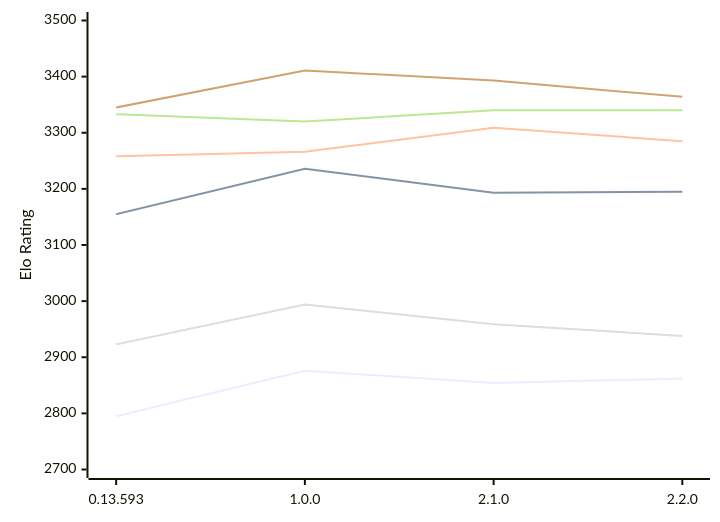
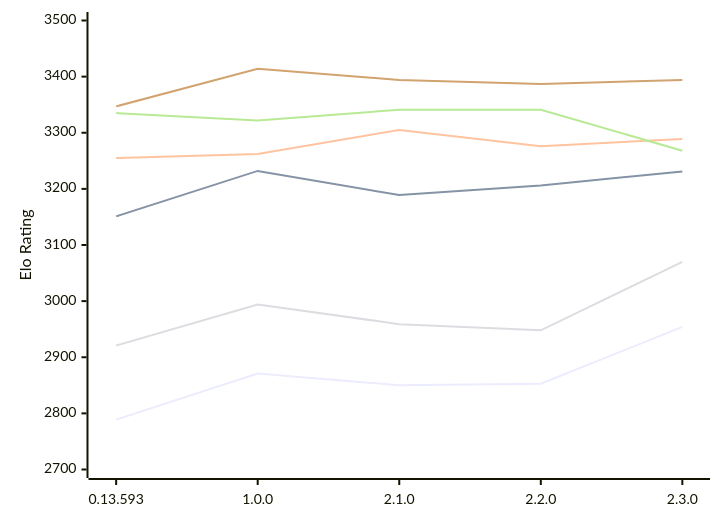
Before and after one commit to computer-chess-index/cci: the diagram in engines/Pawnstar.md, drawn with Mermaid. The commit also changed other lines of this file, not shown here.

Commit message:
Update CCI Ratings (ELO VLTC) - 2026-11-09

````diff
--- a/engines/Pawnstar.md
+++ b/engines/Pawnstar.md
@@ -53,12 +55,12 @@
 ```mermaid
 %%{init: {"theme":"base","themeVariables":{"seriesColors:['#a3a3a3','#222221','#faa371']}}}%%
 xychart-beta
-  x-axis ["0.13.593", "1.0.0", "2.1.0", "2.2.0"]
+  x-axis ["0.13.593", "1.0.0", "2.1.0", "2.2.0", "2.3.0"]
   y-axis "Elo Rating" 2700 --> 3500
-  line "E1: STC (8.0+0.08s)" [2795, 2876, 2854, 2862]
-  line "E1: LTC (60.0+0.60s)" [3155, 3236, 3193, 3195]
-  line "E1: VLTC (2m24s+1.12s)" [3258, 3266, 3309, 3285]
-  line "P1: STC (8.0+0.08s)" [2923, 2994, 2959, 2938]
-  line "P1: LTC (60.0+0.60s)" [3333, 3320, 3340, 3340]
-  line "P1: VLTC (2m24s+1.12s)" [3345, 3411, 3393, 3364]
+  line "E1: STC (8.0+0.08s)" [2789, 2871, 2850, 2853, 2954]
+  line "E1: LTC (60.0+0.60s)" [3151, 3232, 3189, 3206, 3231]
+  line "E1: VLTC (2m24s+1.12s)" [3255, 3262, 3305, 3276, 3289]
+  line "P1: STC (8.0+0.08s)" [2921, 2994, 2959, 2948, 3070]
+  line "P1: LTC (60.0+0.60s)" [3335, 3322, 3341, 3341, 3268]
+  line "P1: VLTC (2m24s+1.12s)" [3347, 3414, 3394, 3387, 3394]
 ```
````
